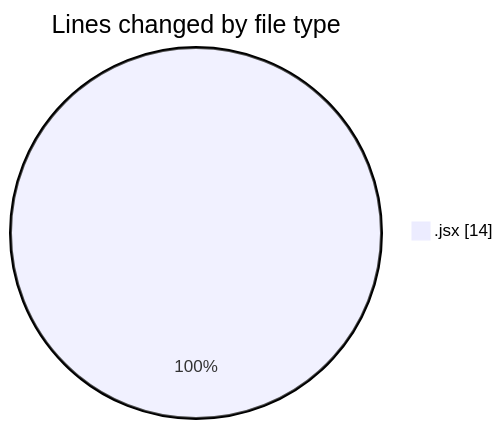
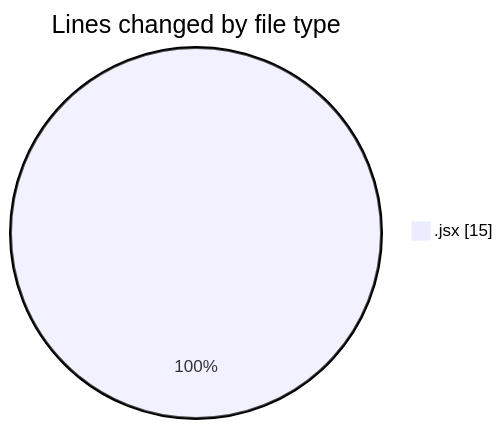
One commit to nxtqubesakshisongat/code-tracking changed the first of 2 diagrams in 2025-06-17/nxtqube_webapp/README.md. Above: the diagram before and after it, drawn with Mermaid. The commit also changed other lines of this file and 1 other file, not shown here.

````diff
--- a/2025-06-17/nxtqube_webapp/README.md
+++ b/2025-06-17/nxtqube_webapp/README.md
@@ -20,5 +20,5 @@
 ```mermaid
 pie showData
 title Lines changed by file type
-".jsx" : 14
+".jsx" : 15
 ```
````
